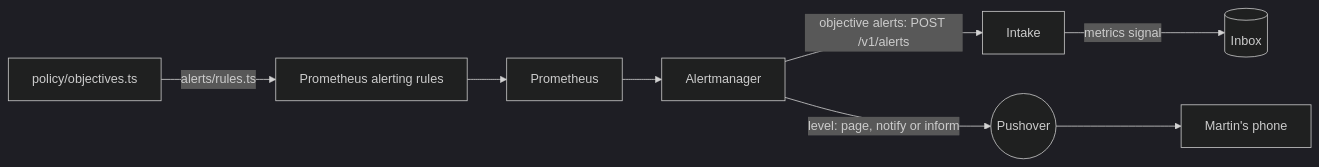
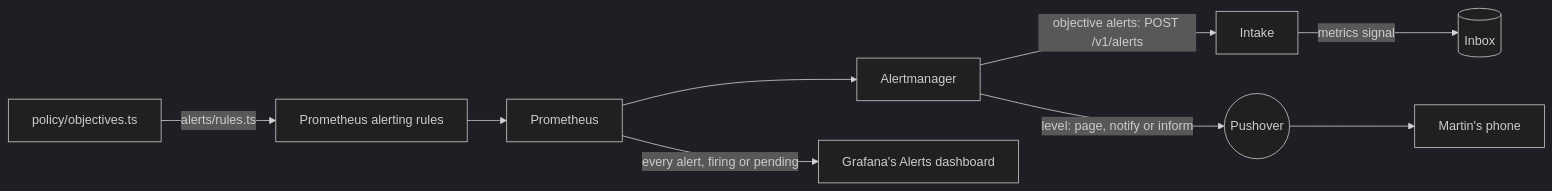
Before and after one commit to mrogan/cv-software-factory: the diagram in docs/COMPONENTS/ALERTING.md, drawn with Mermaid (dark theme). The commit also changed other lines of this file and 36 other files, not shown here.

````diff
--- a/docs/COMPONENTS/ALERTING.md
+++ b/docs/COMPONENTS/ALERTING.md
@@ -8,9 +8,10 @@
 ```mermaid
 flowchart LR
   objectives["policy/objectives.ts"] -- alerts/rules.ts --> rules[Prometheus alerting rules]
   rules --> prometheus[Prometheus]
   prometheus --> alertmanager[Alertmanager]
   alertmanager -- "objective alerts: POST /v1/alerts" --> intake[Intake]
   intake -- metrics signal --> inbox[(Inbox)]
   alertmanager -- "level: page, notify or inform" --> pushover((Pushover)) --> phone[Martin's phone]
+  prometheus -- every alert, firing or pending --> grafana[Grafana's Alerts dashboard]
 ```
````
